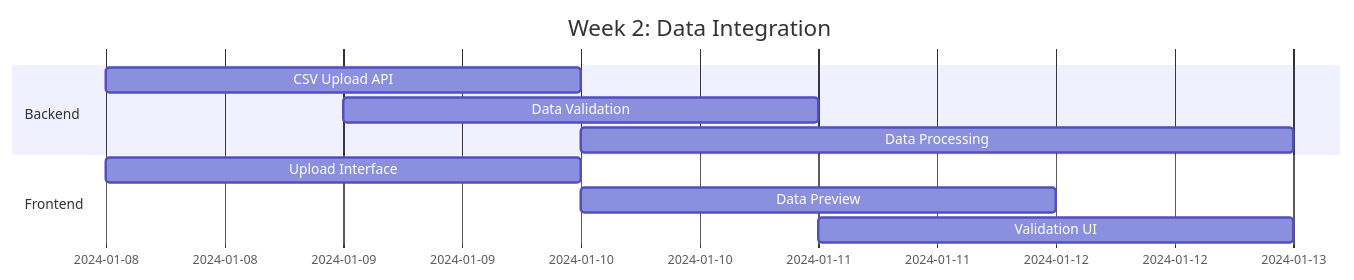
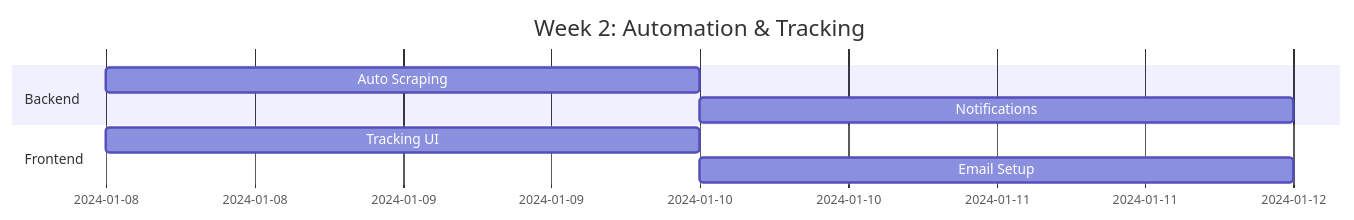
One commit to menezmethod/churnistic changed the second of 4 diagrams in docs/MVP_PLAN.md. Above: the diagram before and after it, drawn with Mermaid. The commit also changed other lines of this file and 10 other files, not shown here.

````diff
--- a/docs/MVP_PLAN.md
+++ b/docs/MVP_PLAN.md
@@ -138,13 +183,11 @@
 ```mermaid
 gantt
-    title Week 2: Data Integration
+    title Week 2: Automation & Tracking
     dateFormat  YYYY-MM-DD
     section Backend
-    CSV Upload API         :2024-01-08, 2d
-    Data Validation       :2024-01-09, 2d
-    Data Processing      :2024-01-10, 3d
+    Auto Scraping         :2024-01-08, 2d
+    Notifications        :2024-01-10, 2d
     section Frontend
-    Upload Interface      :2024-01-08, 2d
-    Data Preview         :2024-01-10, 2d
-    Validation UI        :2024-01-11, 2d
+    Tracking UI          :2024-01-08, 2d
+    Email Setup          :2024-01-10, 2d
 ```
````
